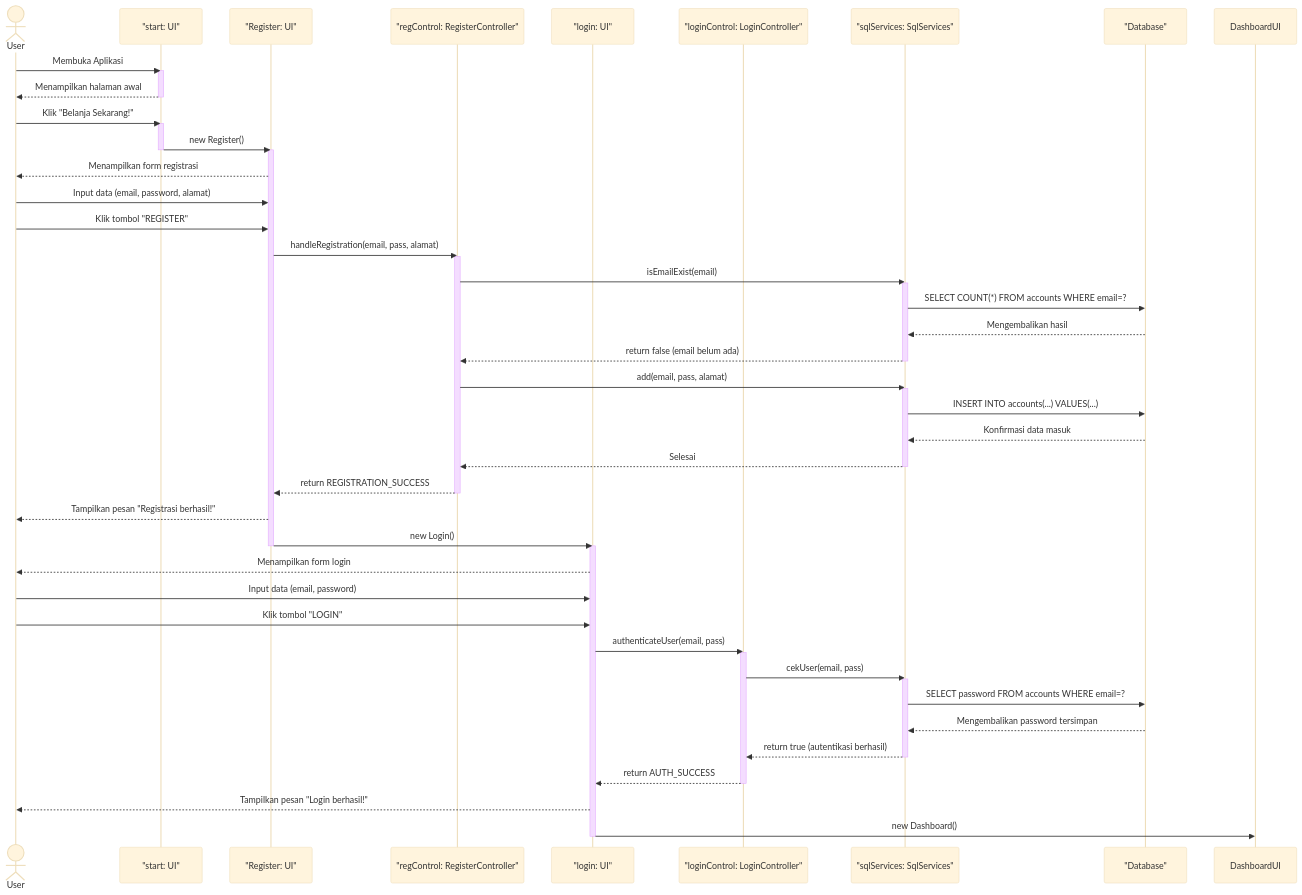
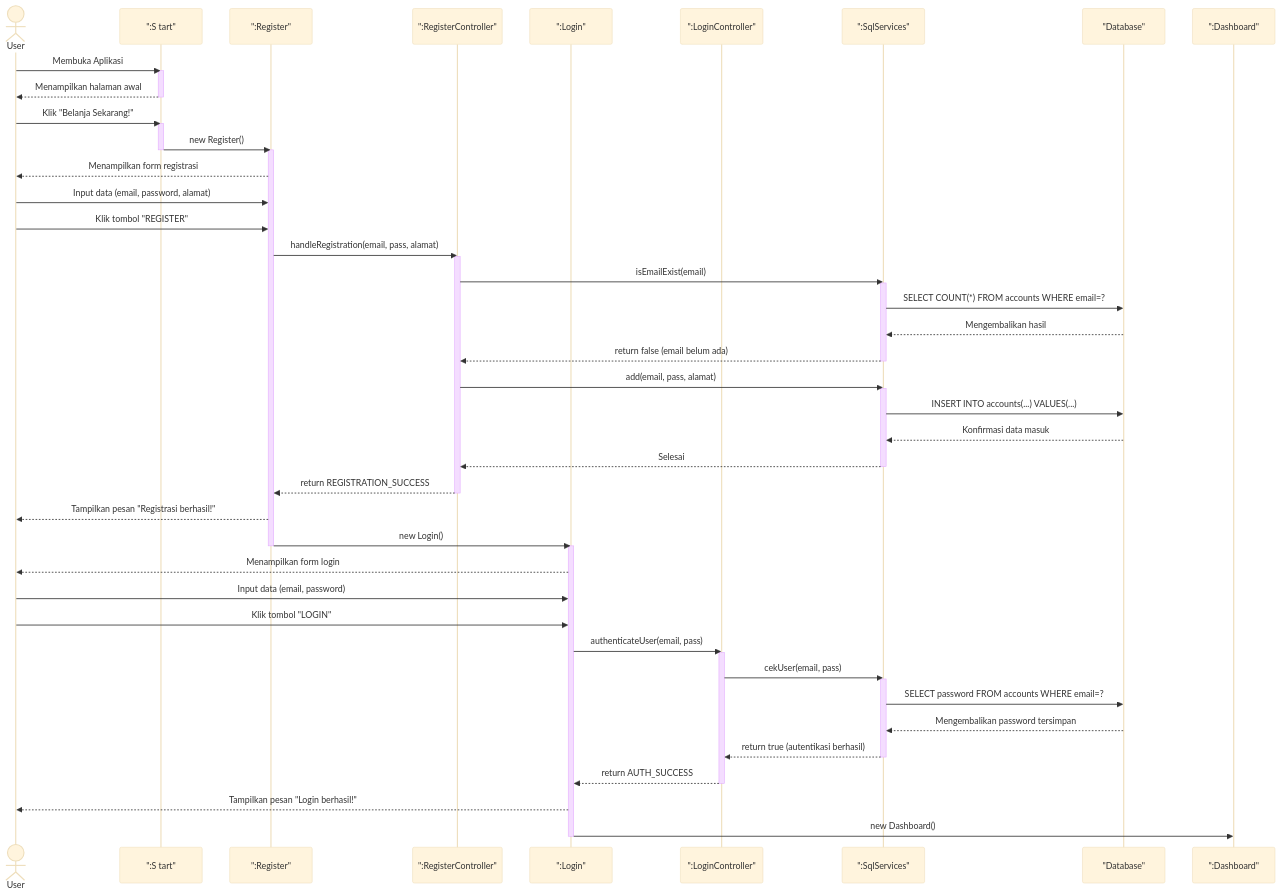
One commit to Doctor3131/PBO_TUBES changed the first of 2 diagrams in README.md. Above: the diagram before and after it, drawn with Mermaid (base theme). The commit also changed other lines of this file and 3 other files, not shown here.

````diff
--- a/README.md
+++ b/README.md
@@ -15,70 +15,71 @@
 ```mermaid 
-sequenceDiagram
+sequenceDiagram 
     actor User
-    participant StartUI as "start: UI"
-    participant RegisterUI as "Register: UI"
-    participant RegisterController as "regControl: RegisterController"
-    participant LoginUI as "login: UI"
-    participant LoginController as "loginControl: LoginController"
-    participant SQL as "sqlServices: SqlServices"
+    participant StartUI as ":S tart"
+    participant RegisterUI as ":Register"
+    participant RegisterController as ":RegisterController"
+    participant LoginUI as ":Login"
+    participant LoginController as ":LoginController"
+    participant SQL as ":SqlServices"
     participant DB as "Database"
+    participant DashboardUI as ":Dashboard"
 
     User->>StartUI: Membuka Aplikasi
     activate StartUI
     StartUI-->>User: Menampilkan halaman awal
     deactivate StartUI
 
     User->>StartUI: Klik "Belanja Sekarang!"
     activate StartUI
     StartUI->>RegisterUI: new Register()
     deactivate StartUI
     activate RegisterUI
     RegisterUI-->>User: Menampilkan form registrasi
     
     User->>RegisterUI: Input data (email, password, alamat)
     User->>RegisterUI: Klik tombol "REGISTER"
     RegisterUI->>RegisterController: handleRegistration(email, pass, alamat)
     activate RegisterController
     
     RegisterController->>SQL: isEmailExist(email)
     activate SQL
     SQL->>DB: SELECT COUNT(*) FROM accounts WHERE email=?
     DB-->>SQL: Mengembalikan hasil
     SQL-->>RegisterController: return false (email belum ada)
     deactivate SQL
     
     RegisterController->>SQL: add(email, pass, alamat)
     activate SQL
     SQL->>DB: INSERT INTO accounts(...) VALUES(...)
     DB-->>SQL: Konfirmasi data masuk
     SQL-->>RegisterController: Selesai
     deactivate SQL
     
     RegisterController-->>RegisterUI: return REGISTRATION_SUCCESS
     deactivate RegisterController
     
     RegisterUI-->>User: Tampilkan pesan "Registrasi berhasil!"
     RegisterUI->>LoginUI: new Login()
     deactivate RegisterUI
     activate LoginUI
     LoginUI-->>User: Menampilkan form login
     
     User->>LoginUI: Input data (email, password)
     User->>LoginUI: Klik tombol "LOGIN"
     LoginUI->>LoginController: authenticateUser(email, pass)
     activate LoginController
     
     LoginController->>SQL: cekUser(email, pass)
     activate SQL
     SQL->>DB: SELECT password FROM accounts WHERE email=?
     DB-->>SQL: Mengembalikan password tersimpan
     SQL-->>LoginController: return true (autentikasi berhasil)
     deactivate SQL
     
     LoginController-->>LoginUI: return AUTH_SUCCESS
     deactivate LoginController
     
     LoginUI-->>User: Tampilkan pesan "Login berhasil!"
     LoginUI->>DashboardUI: new Dashboard()
     deactivate LoginUI
 ```
````
